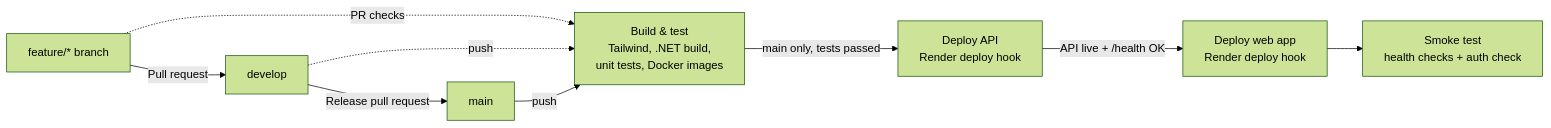
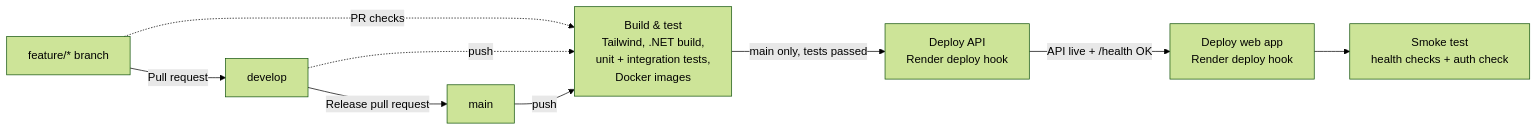
Before and after one commit to Pumpkin280205/WIL-AFCON-Development: the diagram in README.md, drawn with Mermaid (forest theme). The commit also changed other lines of this file and 4 other files, not shown here.

Commit message:
Add integration tests for API and web application, enhance README with CI/CD details

````diff
--- a/README.md
+++ b/README.md
@@ -566,11 +566,11 @@
 ```mermaid
 flowchart LR
     F[feature/* branch] -->|Pull request| D[develop]
     D -->|Release pull request| M[main]
     F -. PR checks .-> B
     D -. push .-> B
-    M -->|push| B[Build & test<br/>Tailwind, .NET build,<br/>unit tests, Docker images]
+    M -->|push| B[Build & test<br/>Tailwind, .NET build,<br/>unit + integration tests,<br/>Docker images]
     B -->|main only, tests passed| A[Deploy API<br/>Render deploy hook]
     A -->|API live + /health OK| W[Deploy web app<br/>Render deploy hook]
     W --> S[Smoke test<br/>health checks + auth check]
 ```
````
